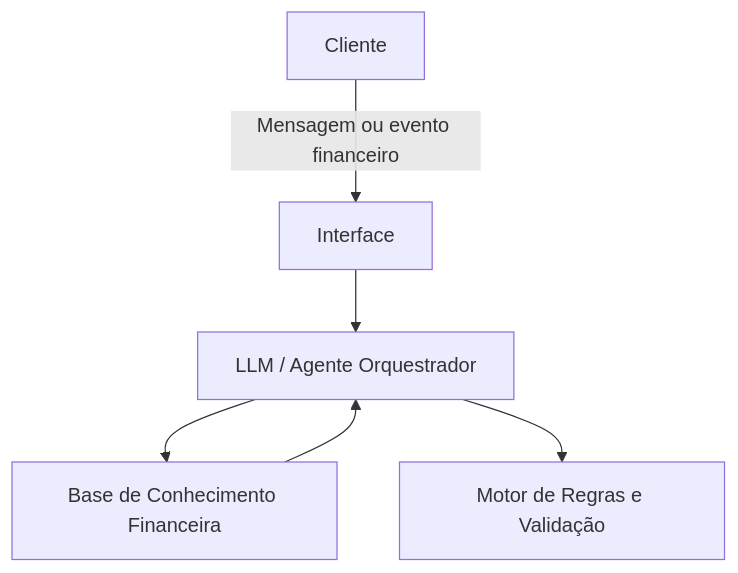
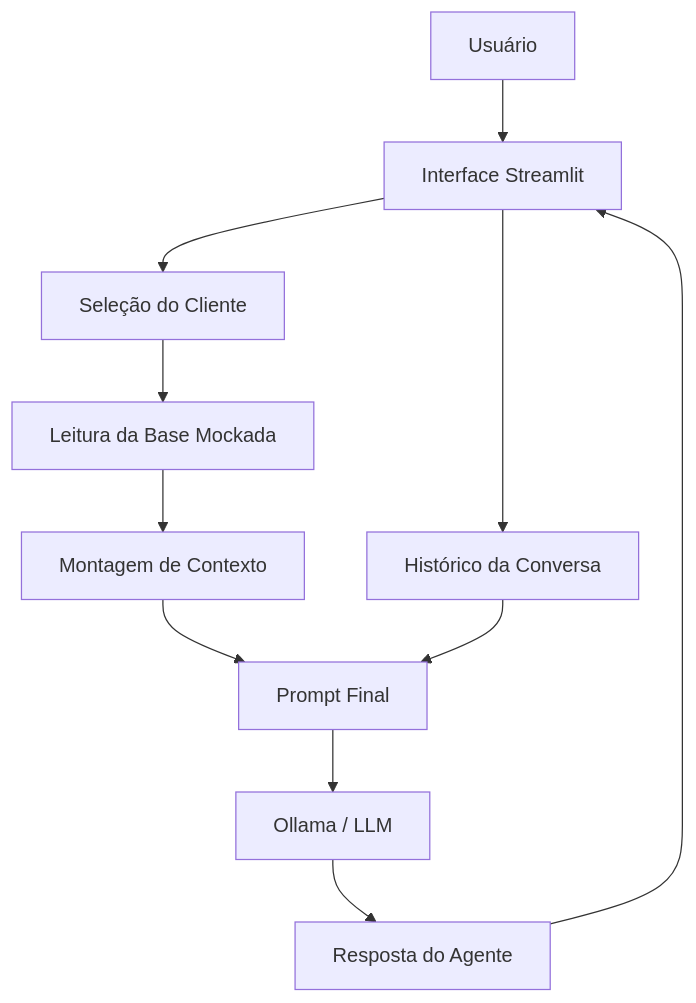
The diagram in docs/01-documentacao-agente.md (rcj91/dio-lab-bia-do-futuro), drawn with Mermaid before and after one commit. The commit also changed other lines of this file, not shown here.

````diff
--- a/docs/01-documentacao-agente.md
+++ b/docs/01-documentacao-agente.md
@@ -50,8 +50,13 @@
 ```mermaid
 flowchart TD
-    A[Cliente] -->|Mensagem ou evento financeiro| B[Interface]
-    B --> C[LLM / Agente Orquestrador]
-    C --> D[Base de Conhecimento Financeira]
-    D --> C
-    C --> E[Motor de Regras e Validação]
+    A[Usuário] --> B[Interface Streamlit]
+    B --> C[Seleção do Cliente]
+    C --> D[Leitura da Base Mockada]
+    D --> E[Montagem de Contexto]
+    B --> F[Histórico da Conversa]
+    E --> G[Prompt Final]
+    F --> G
+    G --> H[Ollama / LLM]
+    H --> I[Resposta do Agente]
+    I --> B
 ```
````
